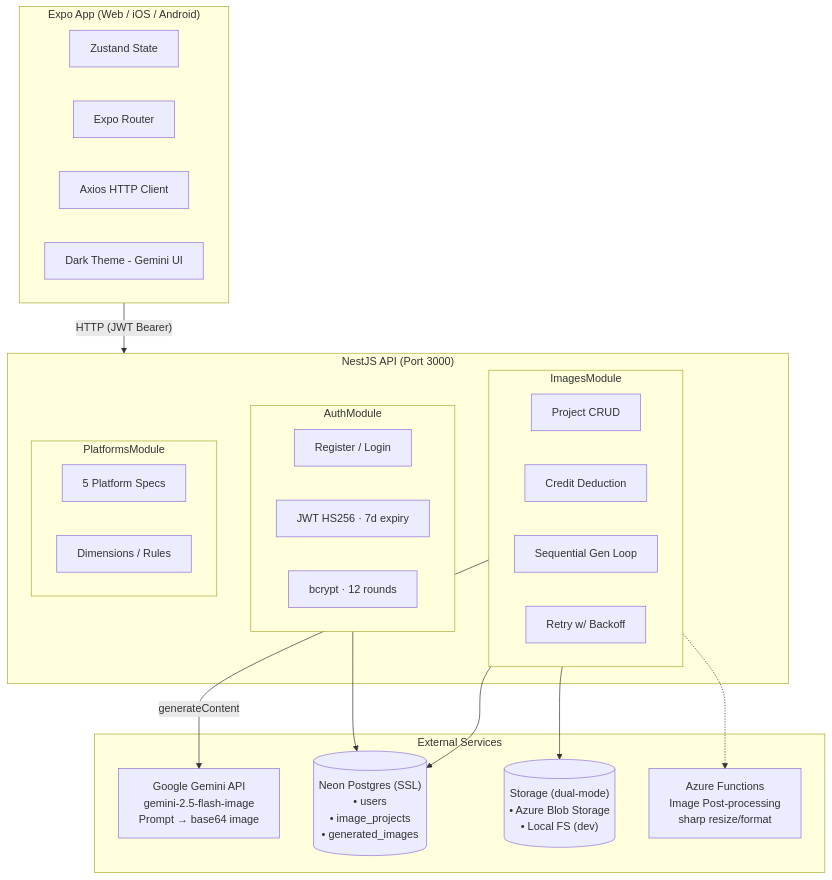
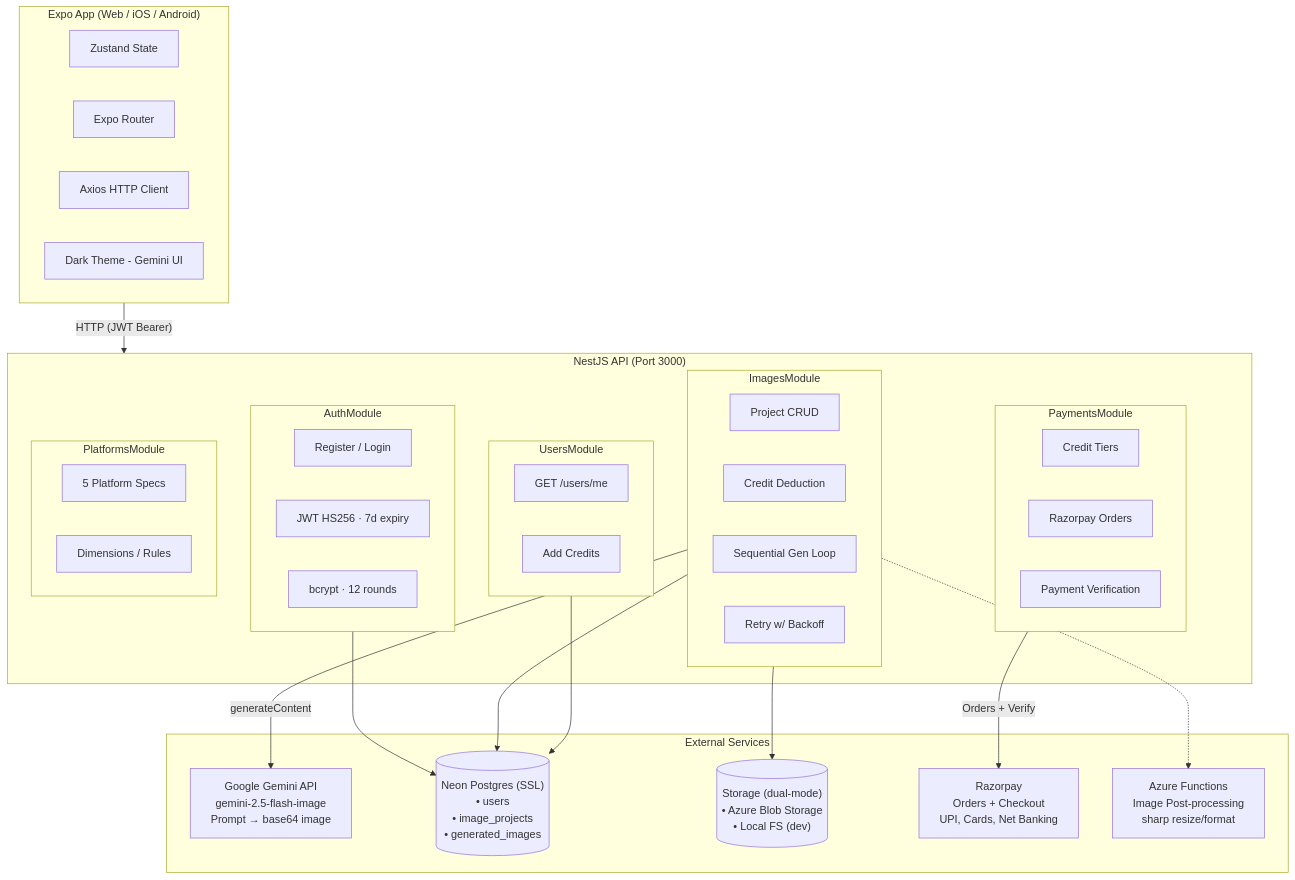
One commit to learnwithsatyam/listic changed the first of 4 diagrams in README.md. Above: the diagram before and after it, drawn with Mermaid. The commit also changed other lines of this file and 24 other files, not shown here.

First line of the commit message:
feat: razorpay payments, history, webhooks & auth hardening

````diff
--- a/README.md
+++ b/README.md
@@ -9,41 +9,53 @@
 ```mermaid
 graph TB
     subgraph Client["Expo App (Web / iOS / Android)"]
         ZS[Zustand State]
         ER[Expo Router]
         AX[Axios HTTP Client]
         DT[Dark Theme - Gemini UI]
     end
 
     subgraph API["NestJS API (Port 3000)"]
         subgraph Auth[AuthModule]
             AL[Register / Login]
             JW[JWT HS256 · 7d expiry]
             BC[bcrypt · 12 rounds]
         end
         subgraph Images[ImagesModule]
             PC[Project CRUD]
             CD[Credit Deduction]
             GL[Sequential Gen Loop]
             RB[Retry w/ Backoff]
         end
+        subgraph Payments[PaymentsModule]
+            PT[Credit Tiers]
+            CO[Razorpay Orders]
+            VR[Payment Verification]
+        end
+        subgraph Users[UsersModule]
+            UM[GET /users/me]
+            AC[Add Credits]
+        end
         subgraph Platforms[PlatformsModule]
             PS[5 Platform Specs]
             DR[Dimensions / Rules]
         end
     end
 
     subgraph External[External Services]
         GEM["Google Gemini API\ngemini-2.5-flash-image\nPrompt → base64 image"]
         DB[("Neon Postgres (SSL)\n• users\n• image_projects\n• generated_images")]
         STR[("Storage (dual-mode)\n• Azure Blob Storage\n• Local FS (dev)")]
+        RAZORPAY["Razorpay\nOrders + Checkout\nUPI, Cards, Net Banking"]
         AF["Azure Functions\nImage Post-processing\nsharp resize/format"]
     end
 
     Client -->|"HTTP (JWT Bearer)"| API
     Images -->|generateContent| GEM
+    Payments -->|Orders + Verify| RAZORPAY
     Auth --> DB
     Images --> DB
+    Users --> DB
     Images --> STR
     Images -.-> AF
 ```
````
